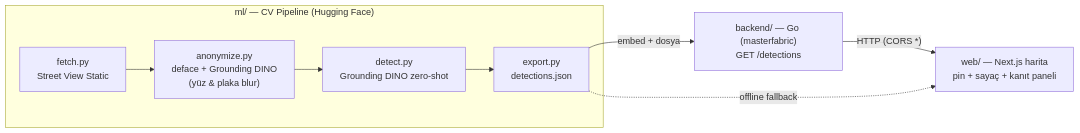
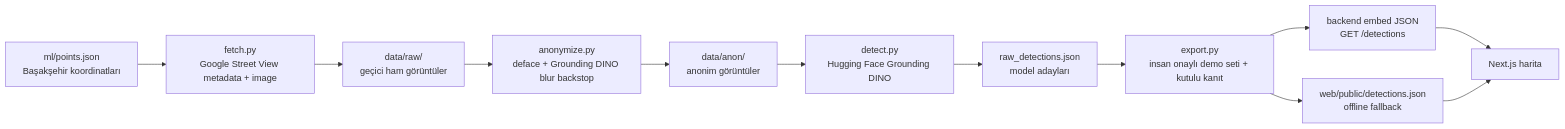
One commit to BurhanCalik/CityLens changed the diagram in README.md. Above: the diagram before and after it, drawn with Mermaid. The commit also changed other lines of this file and 22 other files, not shown here.

First line of the commit message:
Update demo detections, README, and tenant context

````diff
--- a/README.md
+++ b/README.md
@@ -20,11 +38,14 @@
 ```mermaid
 flowchart LR
-  subgraph CV["ml/ — CV Pipeline (Hugging Face)"]
-    A["fetch.py<br/>Street View Static"] --> B["anonymize.py<br/>deface + Grounding DINO<br/>(yüz & plaka blur)"]
-    B --> C["detect.py<br/>Grounding DINO zero-shot"]
-    C --> D["export.py<br/>detections.json"]
-  end
-  D -->|"embed + dosya"| E["backend/ — Go (masterfabric)<br/>GET /detections"]
-  E -->|"HTTP (CORS *)"| F["web/ — Next.js harita<br/>pin + sayaç + kanıt paneli"]
-  D -.->|"offline fallback"| F
+  A["ml/points.json<br/>Başakşehir koordinatları"] --> B["fetch.py<br/>Google Street View metadata + image"]
+  B --> C["data/raw/<br/>geçici ham görüntüler"]
+  C --> D["anonymize.py<br/>deface + Grounding DINO blur backstop"]
+  D --> E["data/anon/<br/>anonim görüntüler"]
+  E --> F["detect.py<br/>Hugging Face Grounding DINO"]
+  F --> G["raw_detections.json<br/>model adayları"]
+  G --> H["export.py<br/>insan onaylı demo seti + kutulu kanıt"]
+  H --> I["backend embed JSON<br/>GET /detections"]
+  H --> J["web/public/detections.json<br/>offline fallback"]
+  I --> K["Next.js harita"]
+  J --> K
 ```
````
